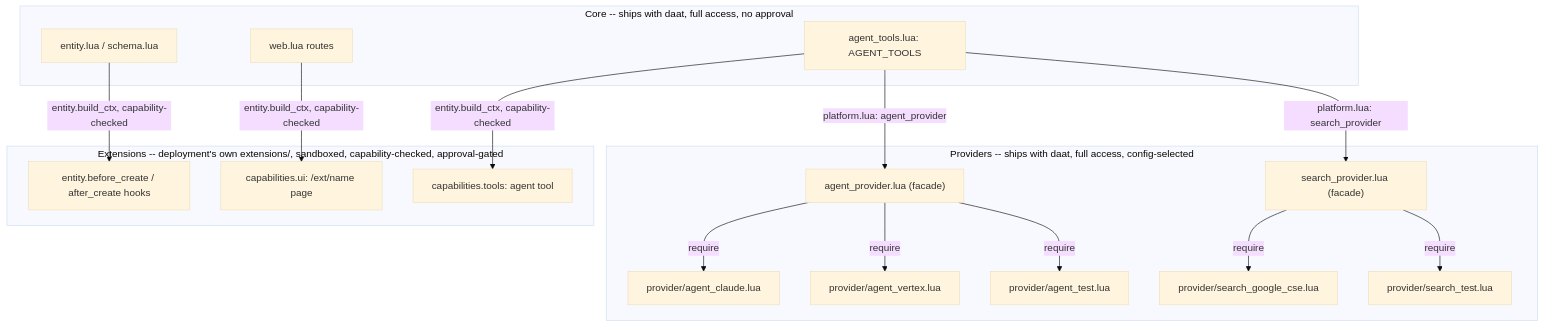
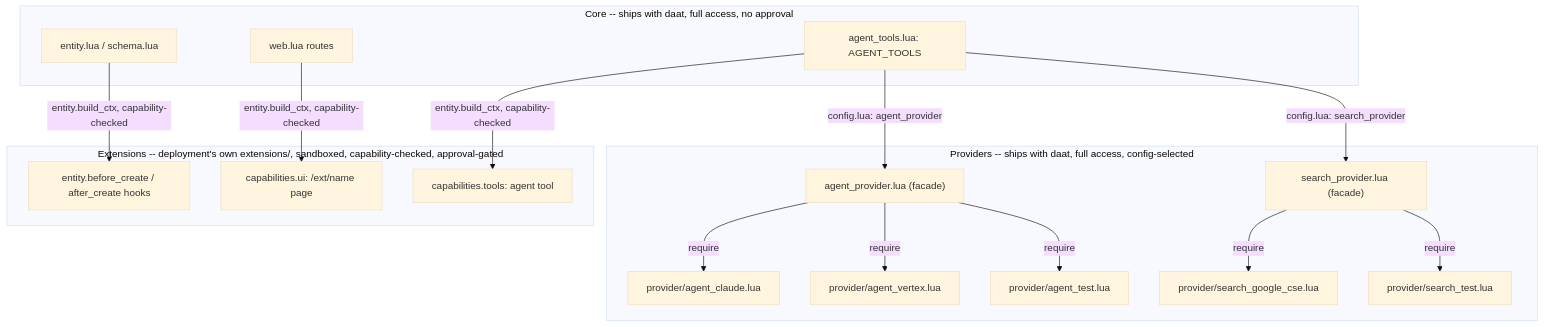
One commit to BenSiv/daat changed the diagram in doc/architecture.md. Above: the diagram before and after it, drawn with Mermaid (base theme). The commit also changed other lines of this file and 110 other files, not shown here.

Commit message:
Rename platform.lua/PLATFORM_* to config.lua/DAAT_* and remove legacy shims

````diff
--- a/doc/architecture.md
+++ b/doc/architecture.md
@@ -59,35 +59,35 @@
 ```mermaid
 graph TB
     subgraph core["Core -- ships with daat, full access, no approval"]
         cgi["web.lua routes"]
         entitylua["entity.lua / schema.lua"]
         agenttools["agent_tools.lua: AGENT_TOOLS"]
     end
 
     subgraph providers["Providers -- ships with daat, full access, config-selected"]
         agentprovider["agent_provider.lua (facade)"]
         searchprovider["search_provider.lua (facade)"]
         agentclaude["provider/agent_claude.lua"]
         agentvertex["provider/agent_vertex.lua"]
         agenttest["provider/agent_test.lua"]
         searchgcse["provider/search_google_cse.lua"]
         searchtest["provider/search_test.lua"]
     end
 
     subgraph extensions["Extensions -- deployment's own extensions/, sandboxed, capability-checked, approval-gated"]
         hooks["entity.before_create / after_create hooks"]
         uiext["capabilities.ui: /ext/name page"]
         toolext["capabilities.tools: agent tool"]
     end
 
-    agenttools -- "platform.lua: agent_provider" --> agentprovider
-    agenttools -- "platform.lua: search_provider" --> searchprovider
+    agenttools -- "config.lua: agent_provider" --> agentprovider
+    agenttools -- "config.lua: search_provider" --> searchprovider
     agentprovider -->|require| agentclaude
     agentprovider -->|require| agentvertex
     agentprovider -->|require| agenttest
     searchprovider -->|require| searchgcse
     searchprovider -->|require| searchtest
     entitylua -- "entity.build_ctx, capability-checked" --> hooks
     cgi -- "entity.build_ctx, capability-checked" --> uiext
     agenttools -- "entity.build_ctx, capability-checked" --> toolext
 ```
````
